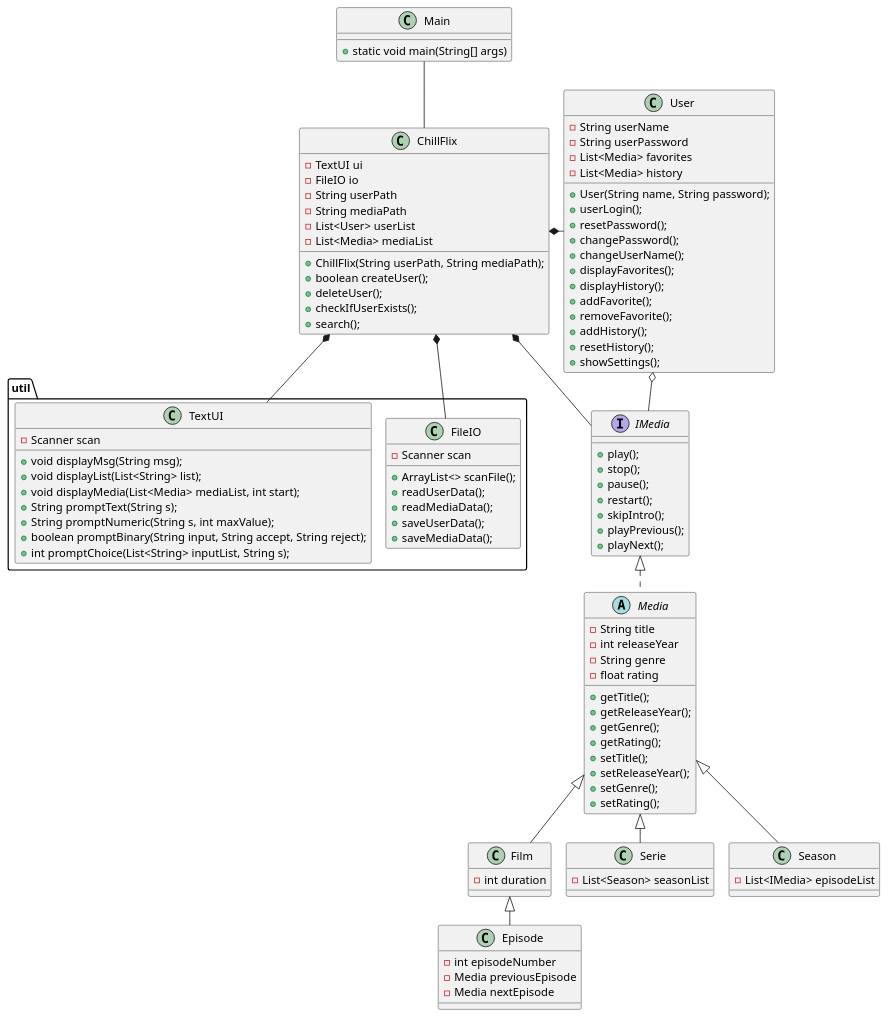
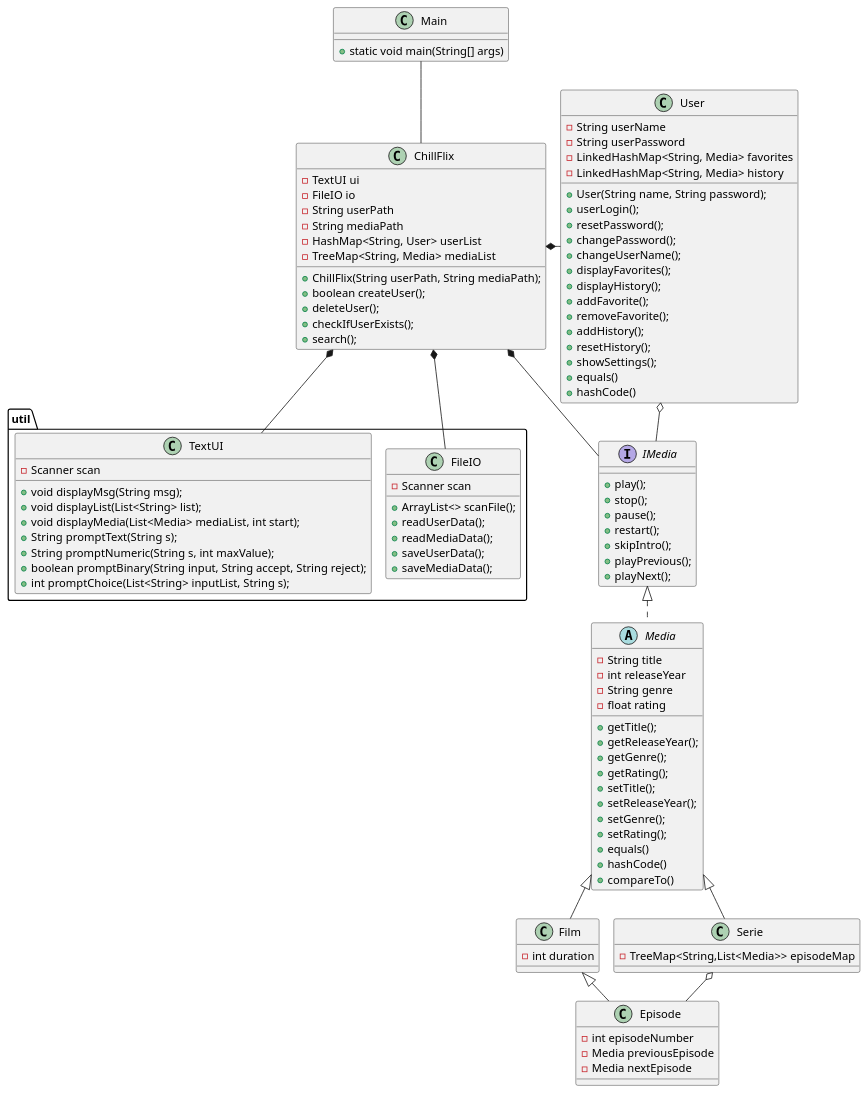
One commit to Falcho/SP3 changed the diagram in docs/classDiagram.puml. Above: the diagram before and after it, drawn with PlantUML.

Commit message:
Forslag til ændring i klassediagram, som skal gøre mange ting lettere.

```diff
--- a/docs/classDiagram.puml
+++ b/docs/classDiagram.puml
@@ -1,120 +1,120 @@
 @startuml
 'https://plantuml.com/class-diagram
 !pragma layout smetana
 
 Class Main{
 +static void main(String[] args)
 }
 
 Class ChillFlix{
 -TextUI ui
 -FileIO io
 -String userPath
 -String mediaPath
--List<User> userList
--List<Media> mediaList
+-HashMap<String, User> userList
+-TreeMap<String, Media> mediaList
 +ChillFlix(String userPath, String mediaPath);
 +boolean createUser();
 +deleteUser();
 +checkIfUserExists();
 +search();
 }
 
-package util {
-Class FileIO{
--Scanner scan
-+ArrayList<> scanFile();
-+readUserData();
-+readMediaData();
-+saveUserData();
-+saveMediaData();
-}
-
-Class TextUI{
--Scanner scan
-+void displayMsg(String msg);
-+void displayList(List<String> list);
-+void displayMedia(List<Media> mediaList, int start);
-+String promptText(String s);
-+String promptNumeric(String s, int maxValue);
-+boolean promptBinary(String input, String accept, String reject);
-+int promptChoice(List<String> inputList, String s);
-
-
-
-}
-}
 
 Class User{
 -String userName
 -String userPassword
--List<Media> favorites
--List<Media> history
+-LinkedHashMap<String, Media> favorites
+-LinkedHashMap<String, Media> history
 +User(String name, String password);
 +userLogin();
 +resetPassword();
 +changePassword();
 +changeUserName();
 +displayFavorites();
 +displayHistory();
 +addFavorite();
 +removeFavorite();
 +addHistory();
 +resetHistory();
 +showSettings();
++equals()
++hashCode()
 }
 
 Interface IMedia{
 +play();
 +stop();
 +pause();
 +restart();
 +skipIntro();
 +playPrevious();
 +playNext();
 }
 abstract Class Media{
 -String title
 -int releaseYear
 -String genre
 -float rating
 +getTitle();
 +getReleaseYear();
 +getGenre();
 +getRating();
 +setTitle();
 +setReleaseYear();
 +setGenre();
 +setRating();
++equals()
++hashCode()
++compareTo()
 }
 
 Class Film {
 -int duration
 }
 
 Class Serie{
--List<Season> seasonList
+-TreeMap<String,List<Media>> episodeMap
 }
-Class Season{
--List<IMedia> episodeList
-}
+
 
 Class Episode{
 -int episodeNumber
 -Media previousEpisode
 -Media nextEpisode
 }
+package util {
+    Class FileIO{
+    -Scanner scan
+    +ArrayList<> scanFile();
+    +readUserData();
+    +readMediaData();
+    +saveUserData();
+    +saveMediaData();
+    }
+
+    Class TextUI{
+    -Scanner scan
+    +void displayMsg(String msg);
+    +void displayList(List<String> list);
+    +void displayMedia(List<Media> mediaList, int start);
+    +String promptText(String s);
+    +String promptNumeric(String s, int maxValue);
+    +boolean promptBinary(String input, String accept, String reject);
+    +int promptChoice(List<String> inputList, String s);
+    }
+}
 
 Film <|-- Episode
 Media <|-- Film
 Media <|-- Serie
-Media <|-- Season
+Serie o-- Episode
 IMedia <|.. Media
 ChillFlix *- User
 ChillFlix *-- IMedia
 ChillFlix *-- FileIO
 ChillFlix *-- TextUI
 Main -- ChillFlix
 User o- IMedia
 
 @enduml
```
